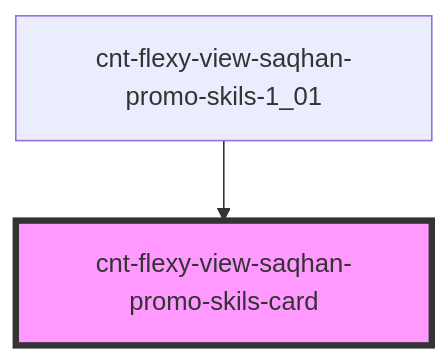
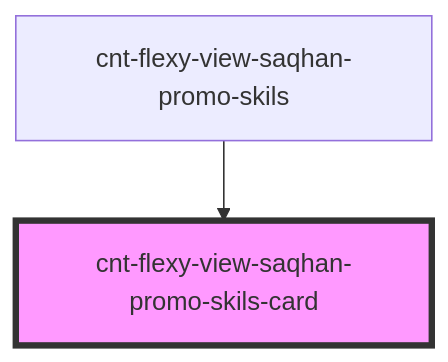
The diagram in src/components/cnt-flexy-view-saqhan-promo-skils-wrapper/res/view/cnt-flexy-view-saqhan-promo-skils/res/view/cnt-flexy-view-saqhan-promo-skils-card/readme.md (saqhan/s-promo), drawn with Mermaid before and after one commit. The commit also changed other lines of this file and 167 other files, not shown here.

````diff
--- a/src/components/cnt-flexy-view-saqhan-promo-skils-wrapper/res/view/cnt-flexy-view-saqhan-promo-skils/res/view/cnt-flexy-view-saqhan-promo-skils-card/readme.md
+++ b/src/components/cnt-flexy-view-saqhan-promo-skils-wrapper/res/view/cnt-flexy-view-saqhan-promo-skils/res/view/cnt-flexy-view-saqhan-promo-skils-card/readme.md
@@ -22,5 +22,5 @@
 ```mermaid
 graph TD;
-  cnt-flexy-view-saqhan-promo-skils-1_01 --> cnt-flexy-view-saqhan-promo-skils-card
+  cnt-flexy-view-saqhan-promo-skils --> cnt-flexy-view-saqhan-promo-skils-card
   style cnt-flexy-view-saqhan-promo-skils-card fill:#f9f,stroke:#333,stroke-width:4px
 ```
````
